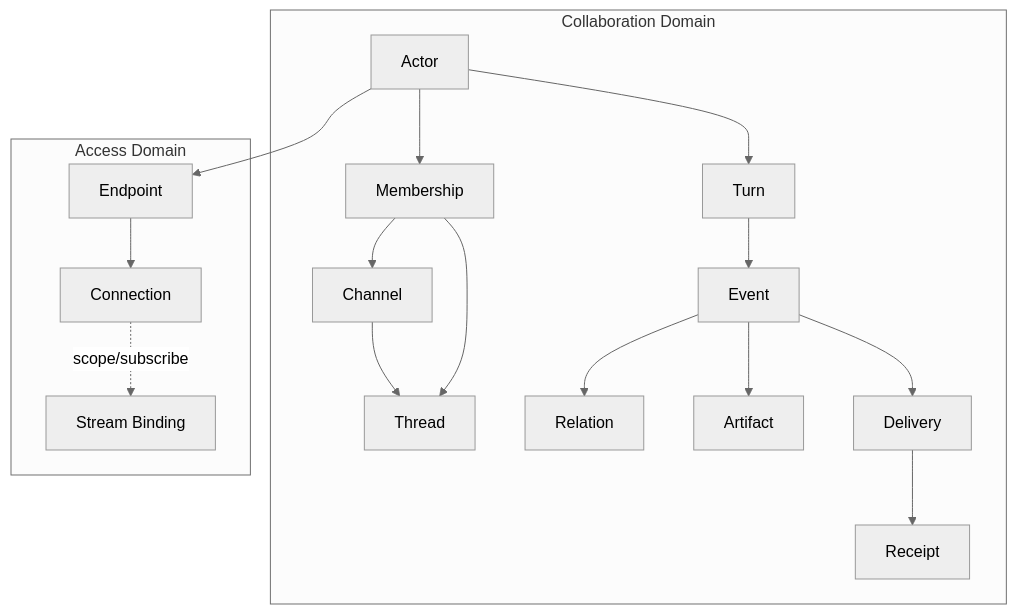
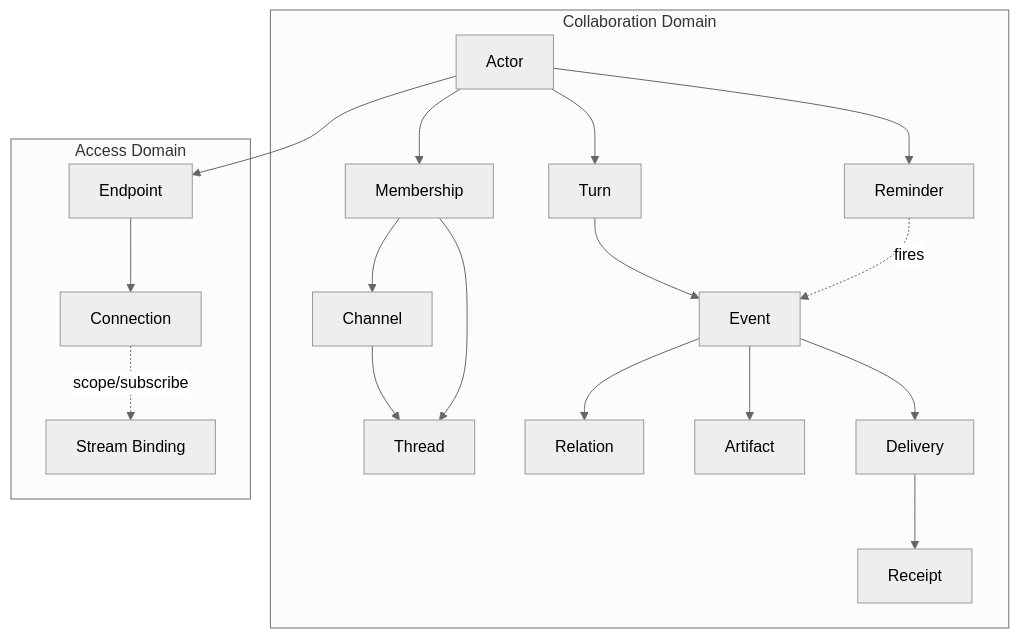
One commit to wyw-ai/loom changed the first of 5 diagrams in docs/protocol/open-multi-actor-collaboration-protocol-v0.md. Above: the diagram before and after it, drawn with Mermaid (neutral theme). The commit also changed other lines of this file and 35 other files, not shown here.

````diff
--- a/docs/protocol/open-multi-actor-collaboration-protocol-v0.md
+++ b/docs/protocol/open-multi-actor-collaboration-protocol-v0.md
@@ -89,36 +90,39 @@
 ```mermaid
 flowchart TD
   subgraph Collaboration["Collaboration Domain"]
     ACTOR["Actor"]
     SPACE["Channel"]
     CONV["Thread"]
     TURN["Turn"]
     EVENT["Event"]
     REL["Relation"]
     ART["Artifact"]
     MEMBER["Membership"]
     DEL["Delivery"]
     REC["Receipt"]
+    REM["Reminder"]
 
     SPACE --> CONV
     ACTOR --> MEMBER
     MEMBER --> SPACE
     MEMBER --> CONV
     ACTOR --> TURN
     TURN --> EVENT
     EVENT --> REL
     EVENT --> ART
     EVENT --> DEL
     DEL --> REC
+    ACTOR --> REM
+    REM -. fires .-> EVENT
   end
 
   subgraph Access["Access Domain"]
     ENDPOINT["Endpoint"]
     CONN["Connection"]
     STREAM["Stream Binding"]
   end
 
   ACTOR --> ENDPOINT
   ENDPOINT --> CONN
   CONN -. scope/subscribe .-> STREAM
 ```
````
